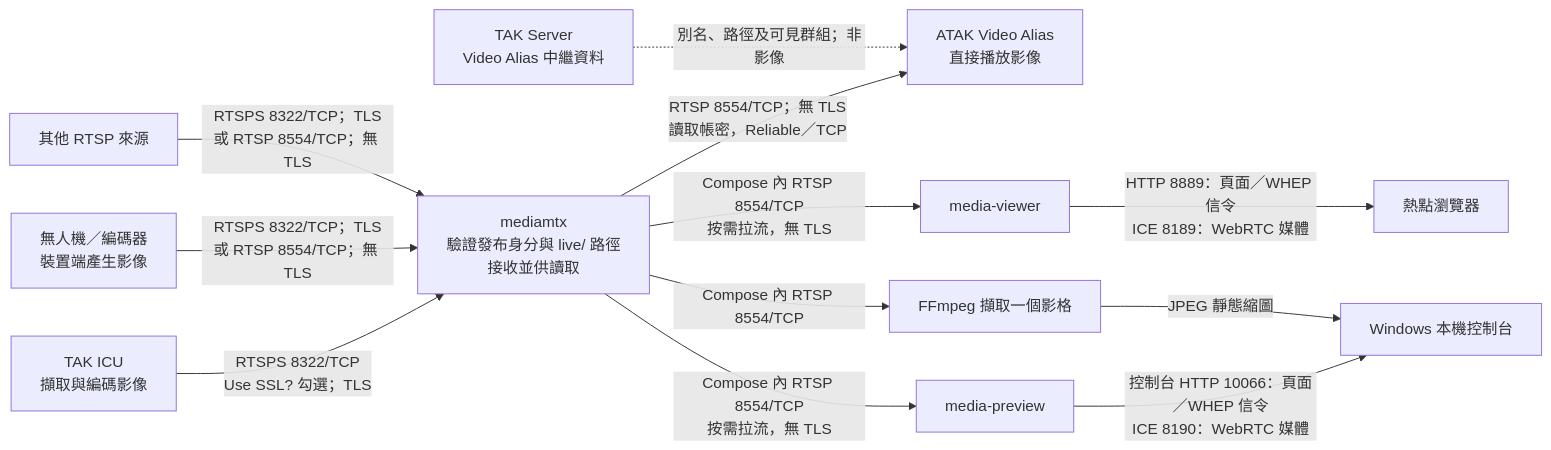
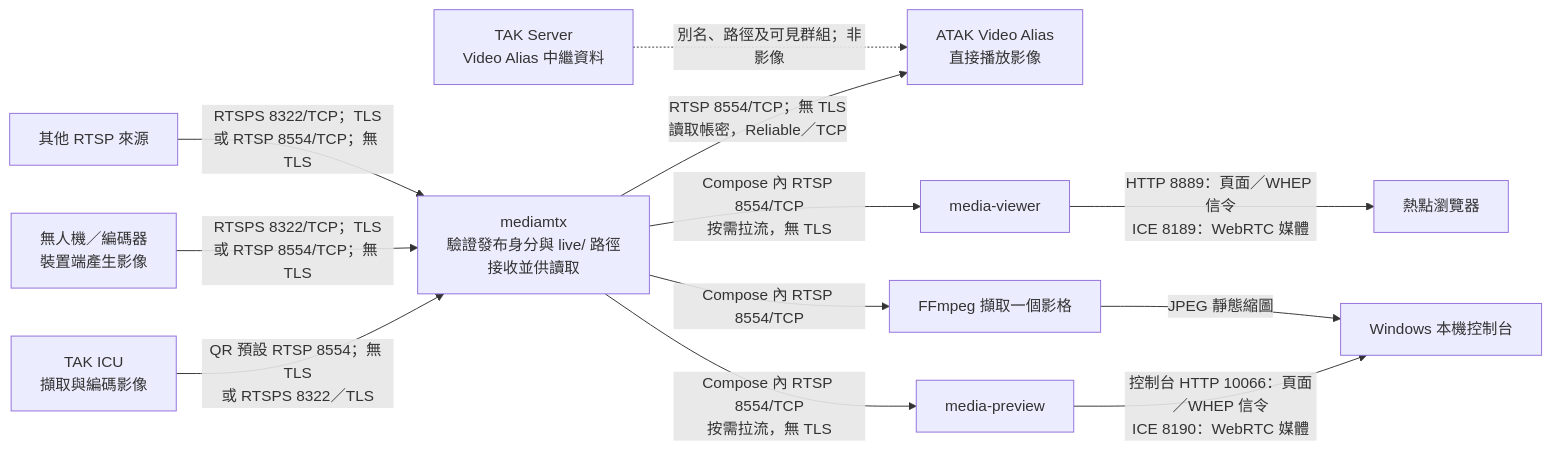
The diagram in docs/mediamtx/video-flow.md (swim-fish/tak-server-docker), drawn with Mermaid before and after one commit. The commit also changed other lines of this file and 22 other files, not shown here.

First line of the commit message:
feat(icu): default QR to plain RTSP and run MediaMTX TCP-only

````diff
--- a/docs/mediamtx/video-flow.md
+++ b/docs/mediamtx/video-flow.md
@@ -5,16 +5,16 @@
 ```mermaid
 flowchart LR
-    ICU["TAK ICU<br/>擷取與編碼影像"] -->|"RTSPS 8322/TCP<br/>Use SSL? 勾選；TLS"| MTX["mediamtx<br/>驗證發布身分與 live/ 路徑<br/>接收並供讀取"]
+    ICU["TAK ICU<br/>擷取與編碼影像"] -->|"QR 預設 RTSP 8554；無 TLS<br/>或 RTSPS 8322／TLS"| MTX["mediamtx<br/>驗證發布身分與 live/ 路徑<br/>接收並供讀取"]
     DRONE["無人機／編碼器<br/>裝置端產生影像"] -->|"RTSPS 8322/TCP；TLS<br/>或 RTSP 8554/TCP；無 TLS"| MTX
     OTHER["其他 RTSP 來源"] -->|"RTSPS 8322/TCP；TLS<br/>或 RTSP 8554/TCP；無 TLS"| MTX
 
     MTX -->|"RTSP 8554/TCP；無 TLS<br/>讀取帳密，Reliable／TCP"| ATAK["ATAK Video Alias<br/>直接播放影像"]
     MTX -->|"Compose 內 RTSP 8554/TCP<br/>按需拉流，無 TLS"| PUBLIC["media-viewer"]
     PUBLIC -->|"HTTP 8889：頁面／WHEP 信令<br/>ICE 8189：WebRTC 媒體"| WEB["熱點瀏覽器"]
     MTX -->|"Compose 內 RTSP 8554/TCP<br/>按需拉流，無 TLS"| PREVIEW["media-preview"]
     PREVIEW -->|"控制台 HTTP 10066：頁面／WHEP 信令<br/>ICE 8190：WebRTC 媒體"| ADMIN["Windows 本機控制台"]
     MTX -->|"Compose 內 RTSP 8554/TCP"| FRAME["FFmpeg 擷取一個影格"]
     FRAME -->|"JPEG 靜態縮圖"| ADMIN
 
     TAK["TAK Server<br/>Video Alias 中繼資料"] -.->|"別名、路徑及可見群組；非影像"| ATAK
 ```
````
